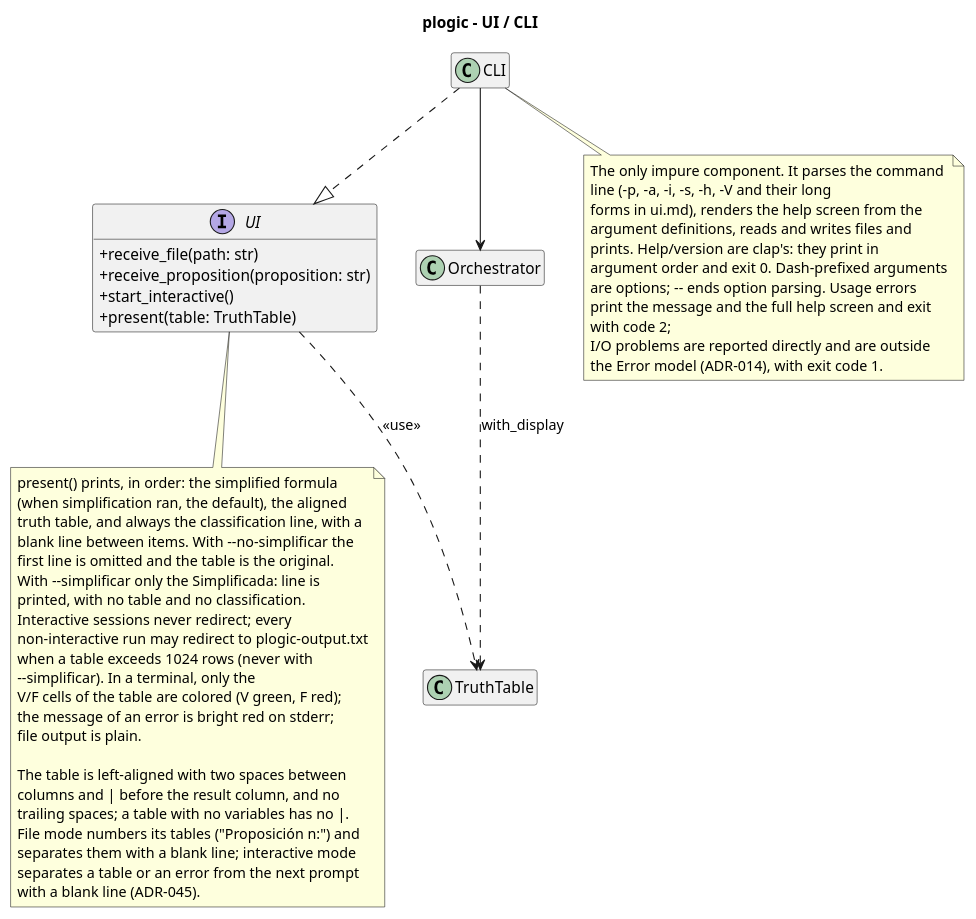
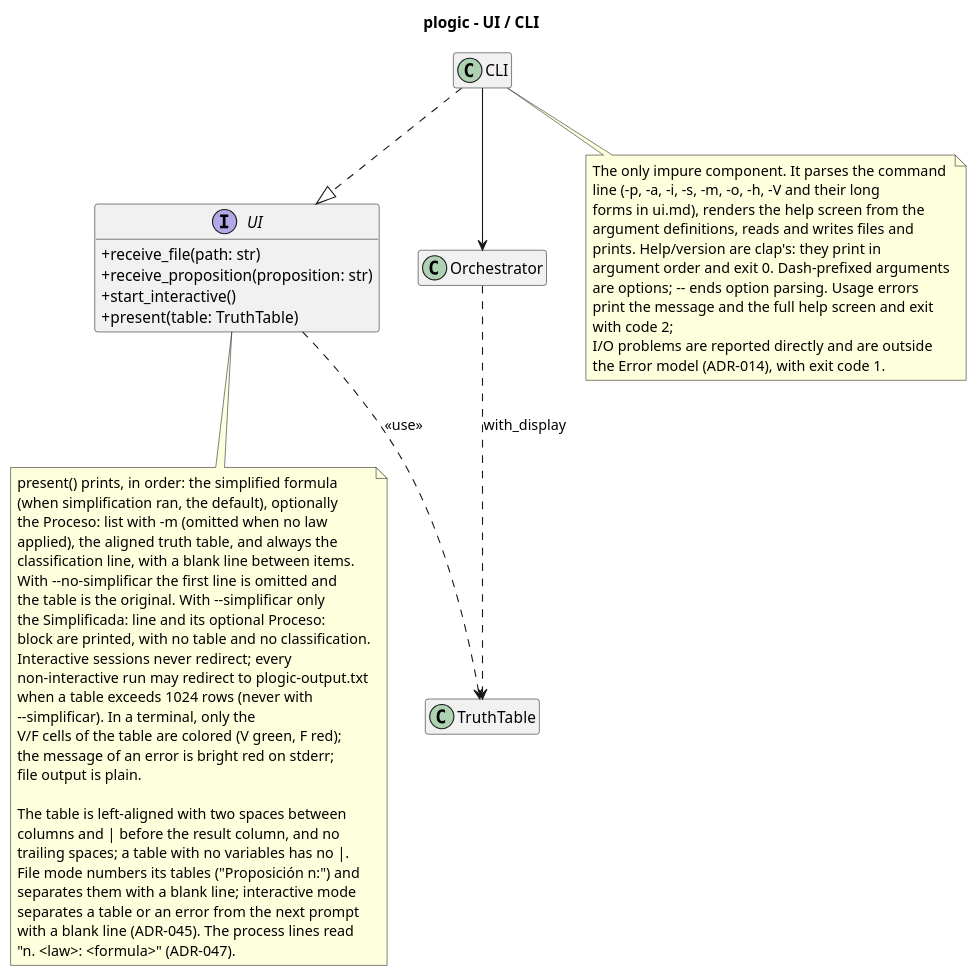
One commit to Josgtg/plogic changed the diagram in design/diagrams/ui_class.puml. Above: the diagram before and after it, drawn with PlantUML. The commit also changed 9 other files, not shown here.

Commit message:
design: document the simplification process list

```diff
--- a/design/diagrams/ui_class.puml
+++ b/design/diagrams/ui_class.puml
@@ -1,66 +1,69 @@
 @startuml ui_class
 title plogic - UI / CLI
 
 skinparam classAttributeIconSize 0
 hide empty members
 
 interface UI {
   +receive_file(path: str)
   +receive_proposition(proposition: str)
   +start_interactive()
   +present(table: TruthTable)
 }
 
 class CLI
 
 class Orchestrator
 
 class TruthTable
 
 note bottom of CLI
   The only impure component. It parses the command
-  line (-p, -a, -i, -s, -h, -V and their long
+  line (-p, -a, -i, -s, -m, -o, -h, -V and their long
   forms in ui.md), renders the help screen from the
   argument definitions, reads and writes files and
   prints. Help/version are clap's: they print in
   argument order and exit 0. Dash-prefixed arguments
   are options; -- ends option parsing. Usage errors
   print the message and the full help screen and exit
   with code 2;
   I/O problems are reported directly and are outside
   the Error model (ADR-014), with exit code 1.
 end note
 
 note bottom of UI
   present() prints, in order: the simplified formula
-  (when simplification ran, the default), the aligned
-  truth table, and always the classification line, with a
-  blank line between items. With --no-simplificar the
-  first line is omitted and the table is the original.
-  With --simplificar only the Simplificada: line is
-  printed, with no table and no classification.
+  (when simplification ran, the default), optionally
+  the Proceso: list with -m (omitted when no law
+  applied), the aligned truth table, and always the
+  classification line, with a blank line between items.
+  With --no-simplificar the first line is omitted and
+  the table is the original. With --simplificar only
+  the Simplificada: line and its optional Proceso:
+  block are printed, with no table and no classification.
   Interactive sessions never redirect; every
   non-interactive run may redirect to plogic-output.txt
   when a table exceeds 1024 rows (never with
   --simplificar). In a terminal, only the
   V/F cells of the table are colored (V green, F red);
   the message of an error is bright red on stderr;
   file output is plain.
 
   The table is left-aligned with two spaces between
   columns and | before the result column, and no
   trailing spaces; a table with no variables has no |.
   File mode numbers its tables ("Proposición n:") and
   separates them with a blank line; interactive mode
   separates a table or an error from the next prompt
-  with a blank line (ADR-045).
+  with a blank line (ADR-045). The process lines read
+  "n. <law>: <formula>" (ADR-047).
 end note
 
 CLI ..|> UI
 CLI --> Orchestrator
 
 Orchestrator ..> TruthTable : with_display
 
 UI ..> TruthTable : <<use>>
 
 @enduml
```
